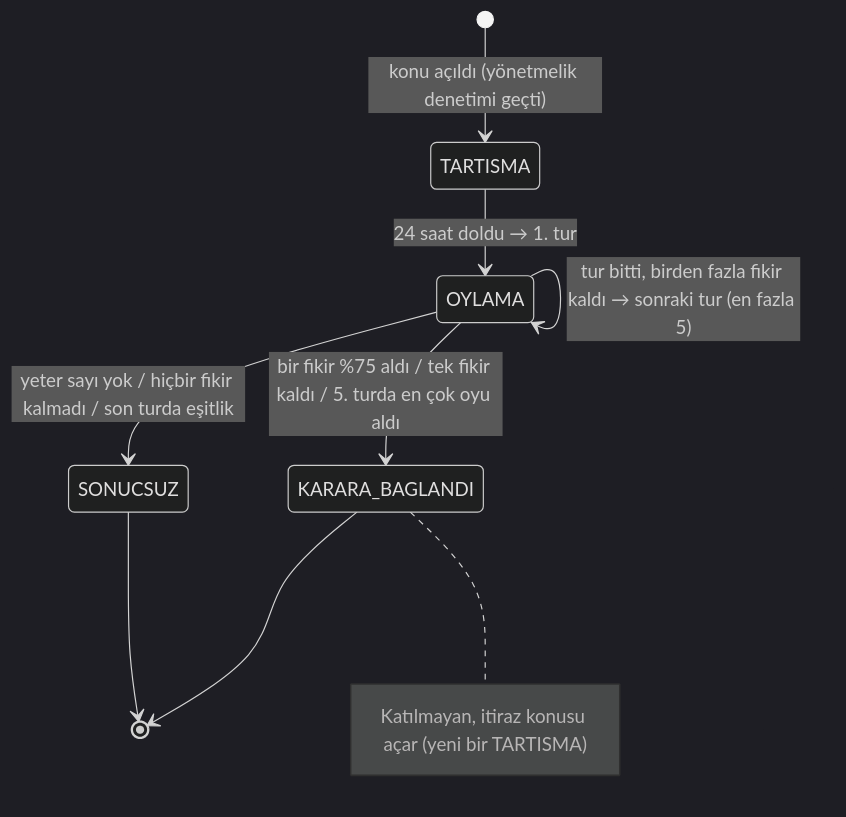
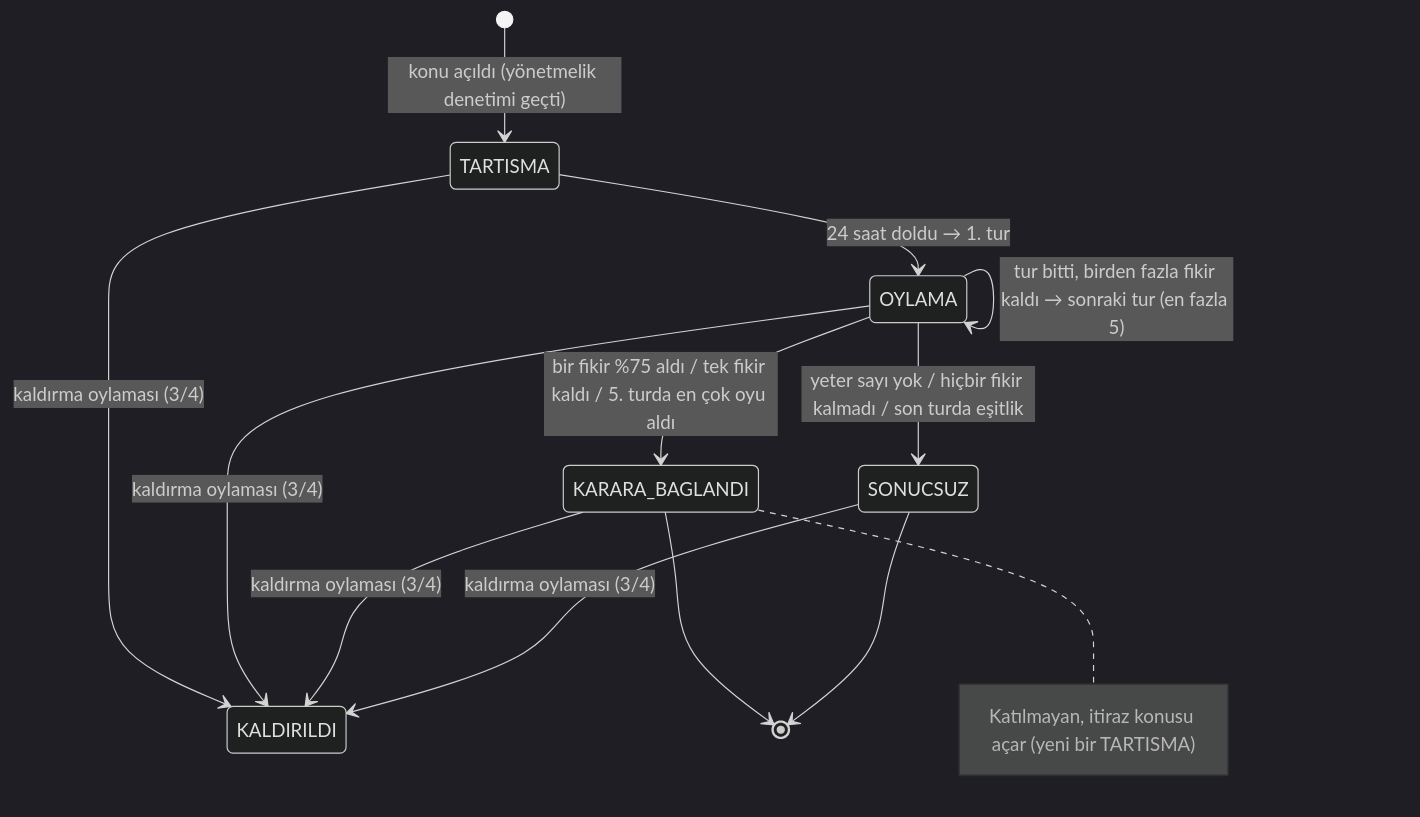
The second of 12 diagrams in docs/tasarim.md (Baki-B/YZM327-Odevler), drawn with Mermaid (dark theme) before and after one commit. The commit also changed other lines of this file, not shown here.

````diff
--- a/docs/tasarim.md
+++ b/docs/tasarim.md
@@ -26,11 +28,15 @@
 ```mermaid
 stateDiagram-v2
   [*] --> TARTISMA: konu açıldı (yönetmelik denetimi geçti)
   TARTISMA --> OYLAMA: 24 saat doldu → 1. tur
   OYLAMA --> OYLAMA: tur bitti, birden fazla fikir kaldı → sonraki tur (en fazla 5)
   OYLAMA --> KARARA_BAGLANDI: bir fikir %75 aldı / tek fikir kaldı / 5. turda en çok oyu aldı
   OYLAMA --> SONUCSUZ: yeter sayı yok / hiçbir fikir kalmadı / son turda eşitlik
+  TARTISMA --> KALDIRILDI: kaldırma oylaması (3/4)
+  OYLAMA --> KALDIRILDI: kaldırma oylaması (3/4)
+  KARARA_BAGLANDI --> KALDIRILDI: kaldırma oylaması (3/4)
+  SONUCSUZ --> KALDIRILDI: kaldırma oylaması (3/4)
   KARARA_BAGLANDI --> [*]
   SONUCSUZ --> [*]
   note right of KARARA_BAGLANDI: Katılmayan, itiraz konusu açar (yeni bir TARTISMA)
 ```
````
